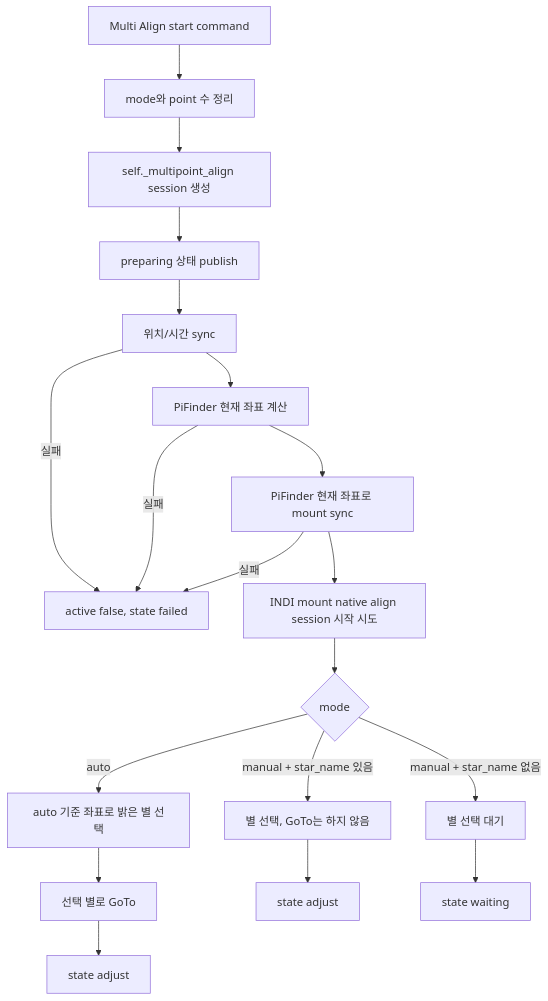
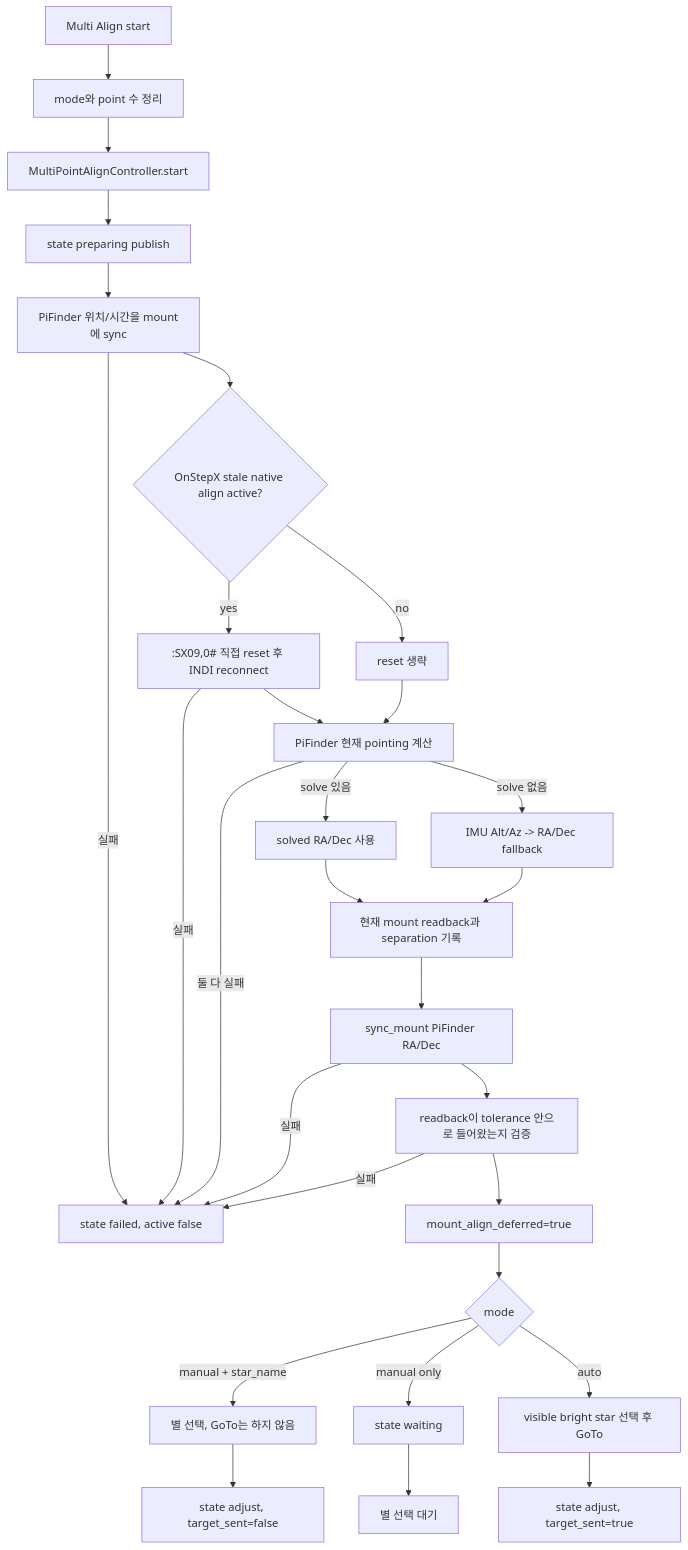
The first of 2 diagrams in docs/mf_multipoint_align_flow_ko.md (hjoungjoo/MF_PiFinder), drawn with Mermaid before and after one commit. The commit also changed other lines of this file and 10 other files, not shown here.

Commit message:
Refactor INDI multi-align controller flow

````diff
--- a/docs/mf_multipoint_align_flow_ko.md
+++ b/docs/mf_multipoint_align_flow_ko.md
@@ -158,21 +163,31 @@
 ```mermaid
 flowchart TD
-    A[Multi Align start command] --> B[mode와 point 수 정리]
-    B --> C[self._multipoint_align session 생성]
-    C --> D[preparing 상태 publish]
-    D --> E[위치/시간 sync]
-    E -->|실패| X[active false, state failed]
-    E --> N[PiFinder 현재 좌표 계산]
+    A[Multi Align start] --> B[mode와 point 수 정리]
+    B --> C[MultiPointAlignController.start]
+    C --> D[state preparing publish]
+    D --> E[PiFinder 위치/시간을 mount에 sync]
+    E -->|실패| X[state failed, active false]
+    E --> F{OnStepX stale native align active?}
+    F -->|yes| G[:SX09,0# 직접 reset 후 INDI reconnect]
+    F -->|no| H[reset 생략]
+    G -->|실패| X
+    G --> I[PiFinder 현재 pointing 계산]
+    H --> I
+    I -->|solve 있음| J[solved RA/Dec 사용]
+    I -->|solve 없음| K[IMU Alt/Az -> RA/Dec fallback]
+    I -->|둘 다 실패| X
+    J --> L[현재 mount readback과 separation 기록]
+    K --> L
+    L --> M[sync_mount PiFinder RA/Dec]
+    M -->|실패| X
+    M --> N[readback이 tolerance 안으로 들어왔는지 검증]
     N -->|실패| X
-    N --> P[PiFinder 현재 좌표로 mount sync]
-    P -->|실패| X
-    P --> M[INDI mount native align session 시작 시도]
-    M --> O{mode}
-    O -->|manual + star_name 있음| F[별 선택, GoTo는 하지 않음]
-    O -->|manual + star_name 없음| G[별 선택 대기]
-    O -->|auto| H[auto 기준 좌표로 밝은 별 선택]
-    H --> I[선택 별로 GoTo]
-    F --> J[state adjust]
-    G --> K[state waiting]
-    I --> L[state adjust]
+    N --> O[mount_align_deferred=true]
+    O --> P{mode}
+    P -->|manual + star_name| Q[별 선택, GoTo는 하지 않음]
+    P -->|manual only| R[state waiting]
+    P -->|auto| S[visible bright star 선택 후 GoTo]
+    Q --> T[state adjust, target_sent=false]
+    R --> U[별 선택 대기]
+    S --> V[state adjust, target_sent=true]
 ```
````
